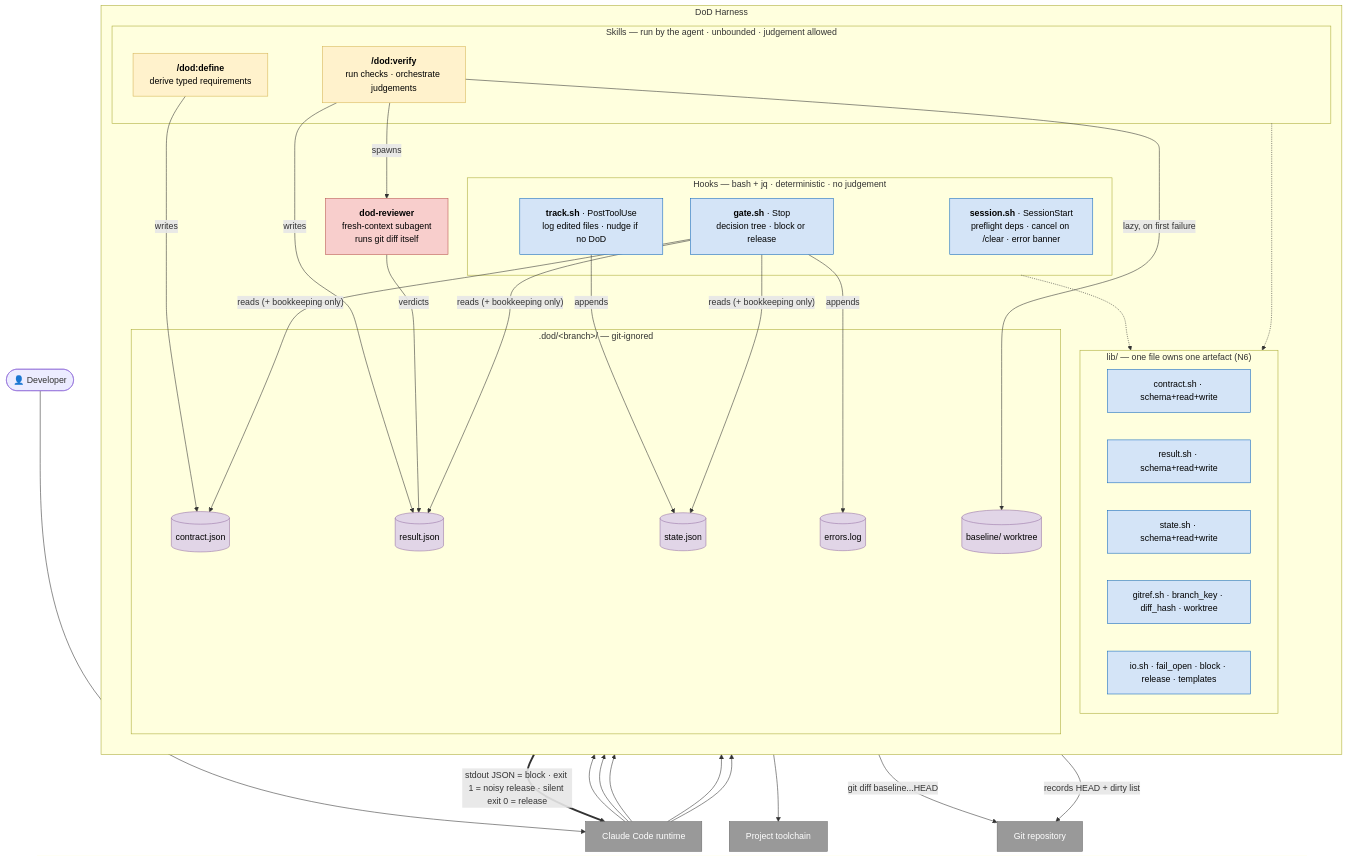
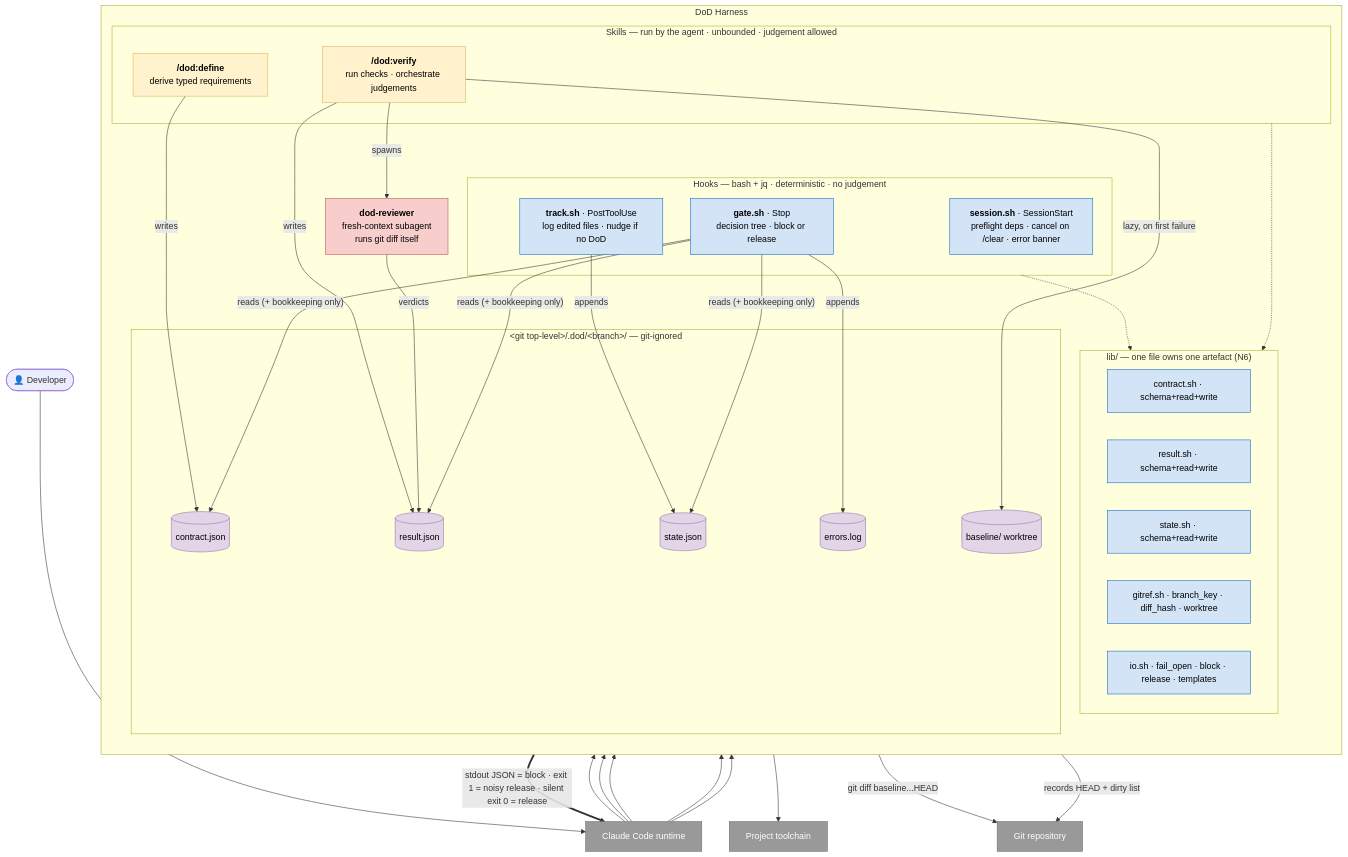
The second of 3 diagrams in docs/design-v2.md (pehota/harlo), drawn with Mermaid before and after one commit. The commit also changed other lines of this file and 1 other file, not shown here.

Commit message:
docs(dod): re-sync design-v2 and ADR 0004 with top-level .dod and session-scoped latch

````diff
--- a/docs/design-v2.md
+++ b/docs/design-v2.md
@@ -113,67 +113,67 @@
 ```mermaid
 flowchart TB
   DEV(["👤 Developer"])
   CC["Claude Code runtime"]
 
   subgraph HARNESS["DoD Harness"]
     direction TB
     subgraph HOOKS["Hooks — bash + jq · deterministic · no judgement"]
       SESS["<b>session.sh</b> · SessionStart<br/>preflight deps · cancel on /clear · error banner"]
       TRACK["<b>track.sh</b> · PostToolUse<br/>log edited files · nudge if no DoD"]
       GATE["<b>gate.sh</b> · Stop<br/>decision tree · block or release"]
     end
     subgraph LIB["lib/ — one file owns one artefact (N6)"]
       CONTRACTLIB["contract.sh · schema+read+write"]
       RESULTLIB["result.sh · schema+read+write"]
       STATELIB["state.sh · schema+read+write"]
       GITREF["gitref.sh · branch_key · diff_hash · worktree"]
       IO["io.sh · fail_open · block · release · templates"]
     end
     subgraph SKILLS["Skills — run by the agent · unbounded · judgement allowed"]
       DEFINE["<b>/dod:define</b><br/>derive typed requirements"]
       VERIFY["<b>/dod:verify</b><br/>run checks · orchestrate judgements"]
     end
     REVIEWER["<b>dod-reviewer</b><br/>fresh-context subagent<br/>runs git diff itself"]
-    subgraph STATE[".dod/&lt;branch&gt;/ — git-ignored"]
+    subgraph STATE["&lt;git top-level&gt;/.dod/&lt;branch&gt;/ — git-ignored"]
       CONTRACT[("contract.json")]
       RESULT[("result.json")]
       SSTATE[("state.json")]
       WT[("baseline/ worktree")]
       ERR[("errors.log")]
     end
   end
 
   GIT["Git repository"]
   TOOL["Project toolchain"]
 
   DEV --> CC
   CC --> SESS & TRACK & GATE
   CC --> DEFINE & VERIFY
   HOOKS -.-> LIB
   SKILLS -.-> LIB
 
   DEFINE -->|writes| CONTRACT
   VERIFY -->|writes| RESULT
   VERIFY -->|spawns| REVIEWER
   REVIEWER -->|verdicts| RESULT
   TRACK -->|appends| SSTATE
   GATE -->|"reads (+ bookkeeping only)"| CONTRACT & RESULT & SSTATE
   GATE -->|appends| ERR
 
   GATE ==>|"stdout JSON = block · exit 1 = noisy release · silent exit 0 = release"| CC
   VERIFY --> TOOL
   VERIFY -->|lazy, on first failure| WT
   REVIEWER -->|git diff baseline...HEAD| GIT
   DEFINE -->|records HEAD + dirty list| GIT
 
   classDef hook fill:#d4e4f7,stroke:#1168bd,color:#000
   classDef skill fill:#fff2cc,stroke:#d6b656,color:#000
   classDef agent fill:#f8cecc,stroke:#b85450,color:#000
   classDef store fill:#e1d5e7,stroke:#9673a6,color:#000
   classDef ext fill:#999,stroke:#6b6b6b,color:#fff
   class SESS,TRACK,GATE,CONTRACTLIB,RESULTLIB,STATELIB,GITREF,IO hook
   class DEFINE,VERIFY skill
   class REVIEWER agent
   class CONTRACT,RESULT,SSTATE,WT,ERR store
   class CC,GIT,TOOL ext
 ```
````
